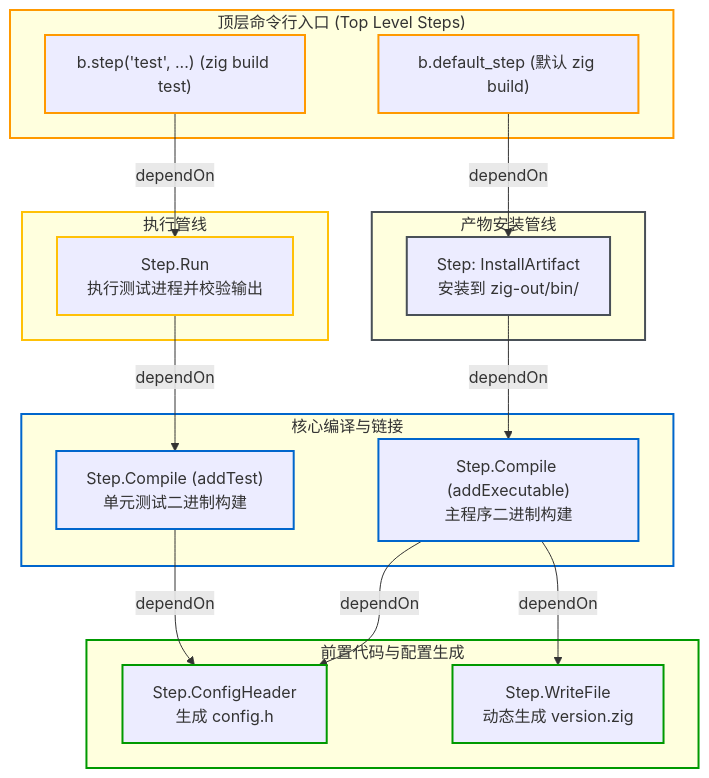
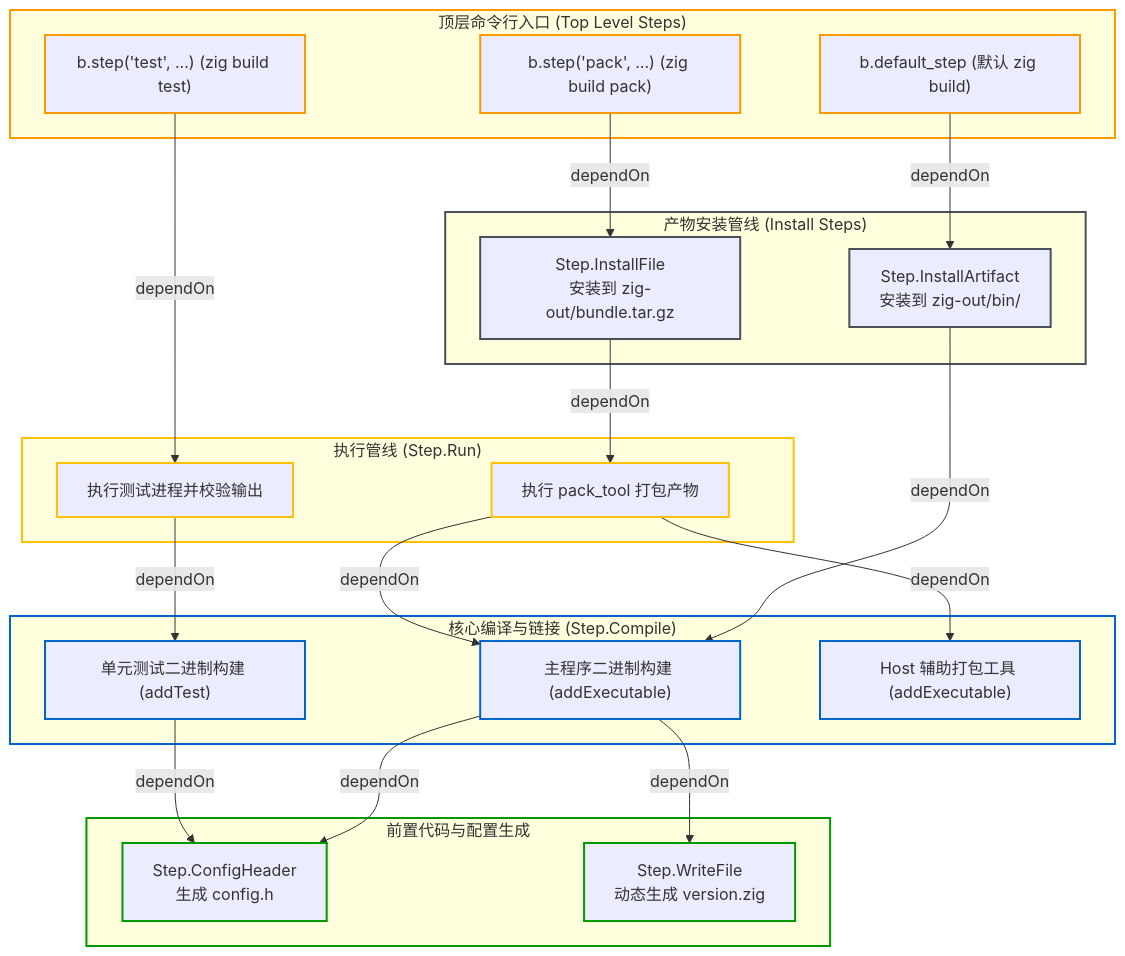
One commit to jiacai2050/x changed the diagram in zig-build/src/concepts/step-and-dag.md. Above: the diagram before and after it, drawn with Mermaid. The commit also changed other lines of this file and 37 other files, not shown here.

Commit message:
zig-build upgrade to 0.17 (#52)

````diff
--- a/zig-build/src/concepts/step-and-dag.md
+++ b/zig-build/src/concepts/step-and-dag.md
@@ -72,49 +63,61 @@
 ```mermaid
-graph TD
+flowchart TD
     subgraph S_Top ["顶层命令行入口 (Top Level Steps)"]
         TL_Install["b.default_step (默认 zig build)"]
         TL_Test["b.step('test', ...) (zig build test)"]
+        TL_Pack["b.step('pack', ...) (zig build pack)"]
     end
 
-    subgraph S_Install ["产物安装管线"]
-        S_Art["Step: InstallArtifact<br/>安装到 zig-out/bin/"]
+    subgraph S_Install ["产物安装管线 (Install Steps)"]
+        S_Art["Step.InstallArtifact<br/>安装到 zig-out/bin/"]
+        S_InstFile["Step.InstallFile<br/>安装到 zig-out/bundle.tar.gz"]
     end
 
-    subgraph S_Compile ["核心编译与链接"]
-        S_CompExe["Step.Compile (addExecutable)<br/>主程序二进制构建"]
-        S_CompTest["Step.Compile (addTest)<br/>单元测试二进制构建"]
+    subgraph S_Compile ["核心编译与链接 (Step.Compile)"]
+        S_CompExe["主程序二进制构建 (addExecutable)"]
+        S_CompTest["单元测试二进制构建 (addTest)"]
+        S_ToolExe["Host 辅助打包工具 (addExecutable)"]
     end
 
     subgraph S_Prebuild ["前置代码与配置生成"]
         S_Cfg["Step.ConfigHeader<br/>生成 config.h"]
         S_Gen["Step.WriteFile<br/>动态生成 version.zig"]
     end
 
-    subgraph S_Run ["执行管线"]
-        S_RunTest["Step.Run<br/>执行测试进程并校验输出"]
+    subgraph S_Run ["执行管线 (Step.Run)"]
+        S_RunTest["执行测试进程并校验输出"]
+        S_RunPack["执行 pack_tool 打包产物"]
     end
 
     TL_Install -- "dependOn" --> S_Art
     S_Art -- "dependOn" --> S_CompExe
     S_CompExe -- "dependOn" --> S_Cfg
     S_CompExe -- "dependOn" --> S_Gen
 
     TL_Test -- "dependOn" --> S_RunTest
     S_RunTest -- "dependOn" --> S_CompTest
     S_CompTest -- "dependOn" --> S_Cfg
 
-    classDef default stroke:#495057;
+    TL_Pack -- "dependOn" --> S_InstFile
+    S_InstFile -- "dependOn" --> S_RunPack
+    S_RunPack -- "dependOn" --> S_ToolExe
+    S_RunPack -- "dependOn" --> S_CompExe
+
     style S_Top stroke:#ff9900,stroke-width:2px;
     style S_Install stroke:#495057,stroke-width:2px;
     style S_Compile stroke:#0066cc,stroke-width:2px;
     style S_Prebuild stroke:#009900,stroke-width:2px;
     style S_Run stroke:#ffc107,stroke-width:2px;
     style TL_Install stroke:#ff9900,stroke-width:2px;
     style TL_Test stroke:#ff9900,stroke-width:2px;
+    style TL_Pack stroke:#ff9900,stroke-width:2px;
     style S_Art stroke:#495057,stroke-width:2px;
+    style S_InstFile stroke:#495057,stroke-width:2px;
     style S_CompExe stroke:#0066cc,stroke-width:2px;
     style S_CompTest stroke:#0066cc,stroke-width:2px;
+    style S_ToolExe stroke:#0066cc,stroke-width:2px;
     style S_Cfg stroke:#009900,stroke-width:2px;
     style S_Gen stroke:#009900,stroke-width:2px;
     style S_RunTest stroke:#ffc107,stroke-width:2px;
+    style S_RunPack stroke:#ffc107,stroke-width:2px;
 ```
````
